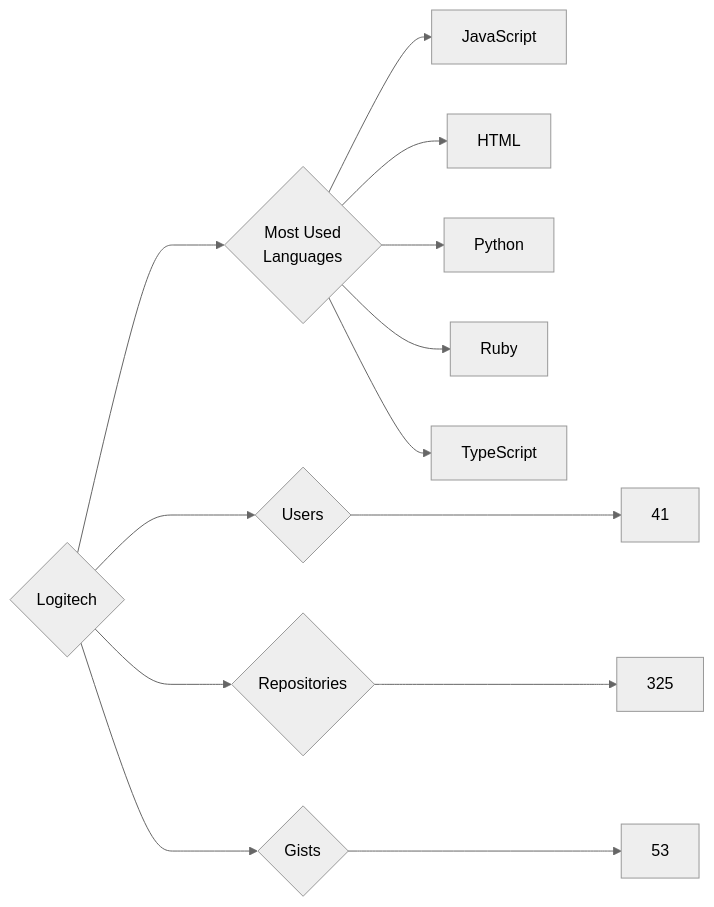
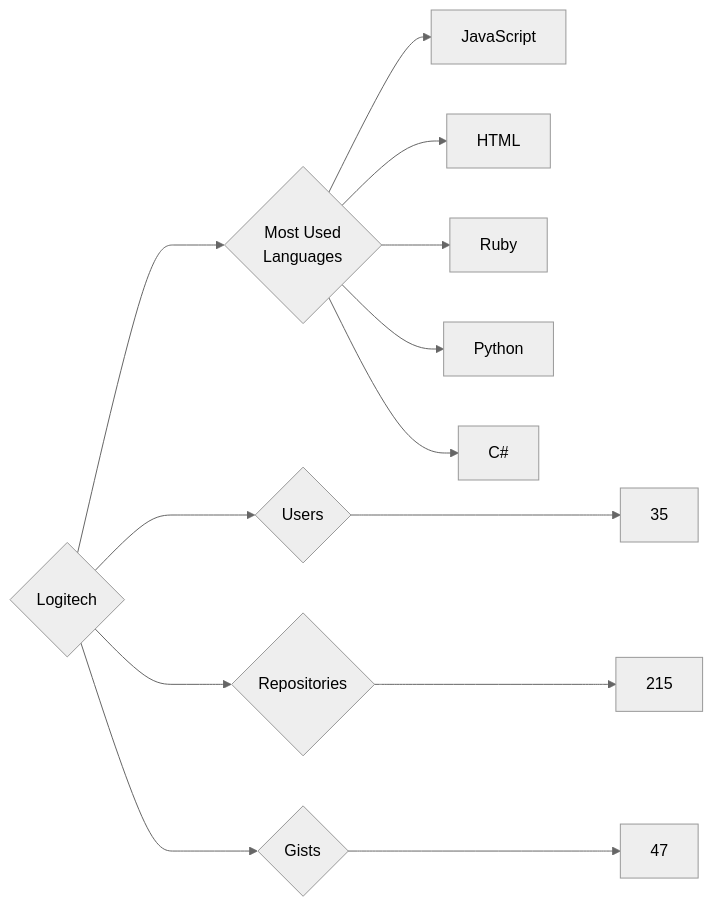
The diagram in targets/Logitech/README.md (trickest/insiders), drawn with Mermaid (neutral theme) before and after one commit. The commit also changed 877 other files, not shown here.

````diff
--- a/targets/Logitech/README.md
+++ b/targets/Logitech/README.md
@@ -3,13 +3,13 @@
 ```mermaid
 graph LR
 COMPANY_NAME{Logitech}
-COMPANY_NAME ---> U{Users} ---> UN[41]
-COMPANY_NAME ---> R{Repositories} ---> RN[325]
-COMPANY_NAME ---> G{Gists} ---> GN[53]
+COMPANY_NAME ---> U{Users} ---> UN[35]
+COMPANY_NAME ---> R{Repositories} ---> RN[215]
+COMPANY_NAME ---> G{Gists} ---> GN[47]
 COMPANY_NAME ---> ML{Most Used<br>Languages}
 ML --> JavaScript[JavaScript]
 ML --> HTML[HTML]
+ML --> Ruby[Ruby]
 ML --> Python[Python]
-ML --> Ruby[Ruby]
-ML --> TypeScript[TypeScript]
+ML --> C#[C#]
 ```
````
